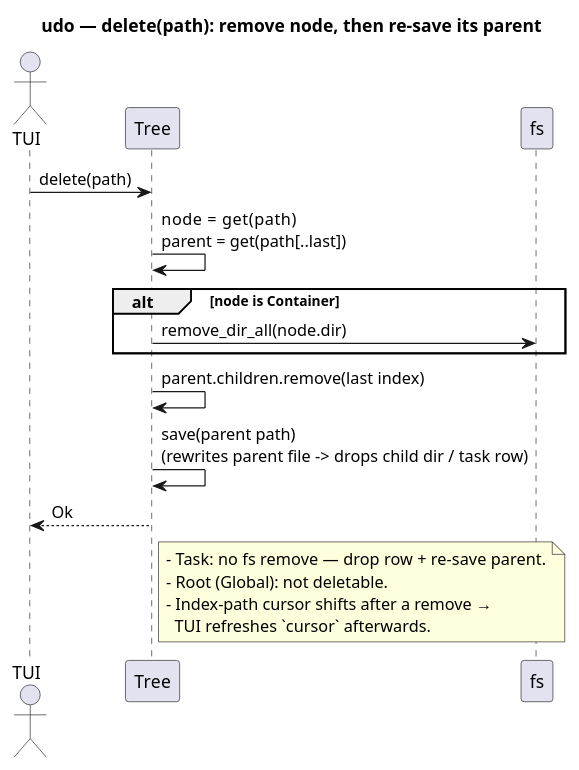
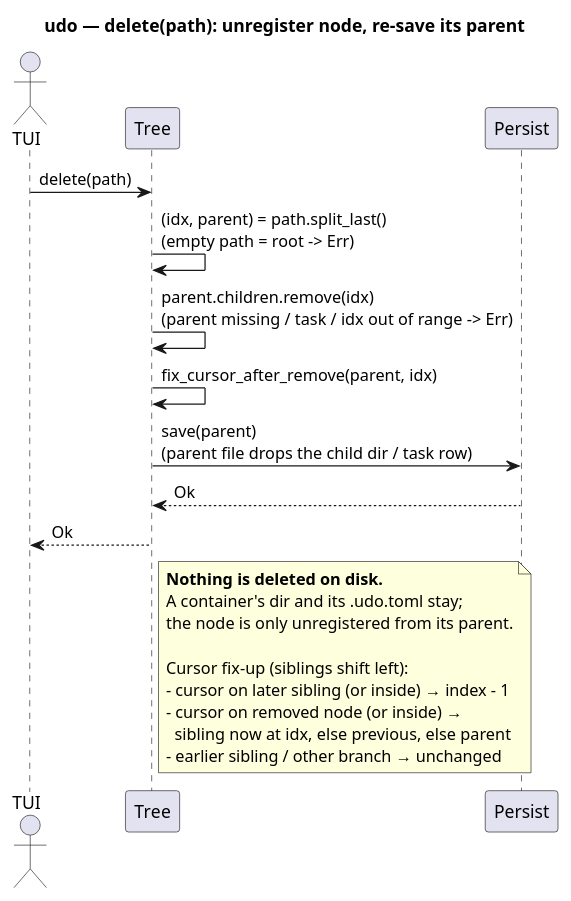
The diagram in docs/tree/04-delete-flow.puml (jqyDee/udo), drawn with PlantUML before and after one commit. The commit also changed 13 other files, not shown here.

```diff
--- a/docs/tree/04-delete-flow.puml
+++ b/docs/tree/04-delete-flow.puml
@@ -1,24 +1,28 @@
 @startuml
-title udo — delete(path): remove node, then re-save its parent
+title udo — delete(path): unregister node, re-save its parent
 
 actor TUI
 participant Tree
-participant fs
+participant Persist
 
 TUI -> Tree : delete(path)
-Tree -> Tree : node   = get(path)\nparent = get(path[..last])
-alt node is Container
-  Tree -> fs : remove_dir_all(node.dir)
-end
-Tree -> Tree : parent.children.remove(last index)
-Tree -> Tree : save(parent path)\n(rewrites parent file -> drops child dir / task row)
+Tree -> Tree : (idx, parent) = path.split_last()\n(empty path = root -> Err)
+Tree -> Tree : parent.children.remove(idx)\n(parent missing / task / idx out of range -> Err)
+Tree -> Tree : fix_cursor_after_remove(parent, idx)
+Tree -> Persist : save(parent)\n(parent file drops the child dir / task row)
+Persist --> Tree : Ok
 Tree --> TUI : Ok
 
 note right of Tree
-  - Task: no fs remove — drop row + re-save parent.
-  - Root (Global): not deletable.
-  - Index-path cursor shifts after a remove →
-    TUI refreshes `cursor` afterwards.
+  **Nothing is deleted on disk.**
+  A container's dir and its .udo.toml stay;
+  the node is only unregistered from its parent.
+
+  Cursor fix-up (siblings shift left):
+  - cursor on later sibling (or inside) → index - 1
+  - cursor on removed node (or inside) →
+    sibling now at idx, else previous, else parent
+  - earlier sibling / other branch → unchanged
 end note
 
 @enduml
```
